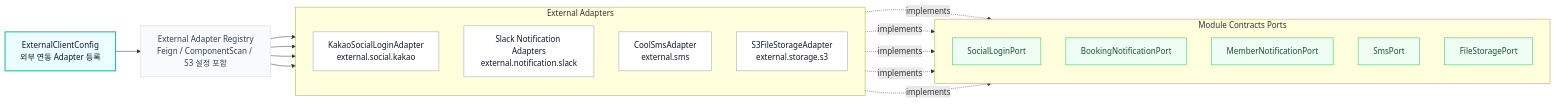
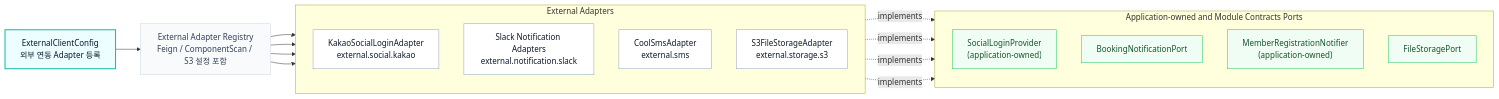
Before and after one commit to TEAM-BEAT/BEAT-SERVER: the fourth of 14 diagrams in core/infra/README.md, drawn with Mermaid. The commit also changed other lines of this file and 4 other files, not shown here.

````diff
--- a/core/infra/README.md
+++ b/core/infra/README.md
@@ -223,40 +223,38 @@
 ```mermaid
 flowchart LR
     Config["ExternalClientConfig<br/>외부 연동 Adapter 등록"]:::config
     Registry["External Adapter Registry<br/>Feign / ComponentScan / S3 설정 포함"]:::hub
 
     Config --> Registry
 
     subgraph ADAPTERS["External Adapters"]
         direction TB
         Kakao["KakaoSocialLoginAdapter<br/>external.social.kakao"]:::adapter
         Slack["Slack Notification Adapters<br/>external.notification.slack"]:::adapter
         Sms["CoolSmsAdapter<br/>external.sms"]:::adapter
         S3["S3FileStorageAdapter<br/>external.storage.s3"]:::adapter
     end
 
-    subgraph PORTS["Module Contracts Ports"]
+    subgraph PORTS["Application-owned and Module Contracts Ports"]
         direction TB
-        SocialPort["SocialLoginPort"]:::port
+        SocialPort["SocialLoginProvider<br/>(application-owned)"]:::port
         BookingPort["BookingNotificationPort"]:::port
-        MemberPort["MemberNotificationPort"]:::port
-        SmsPort["SmsPort"]:::port
+        MemberPort["MemberRegistrationNotifier<br/>(application-owned)"]:::port
         FileStoragePort["FileStoragePort"]:::port
     end
 
     Registry --> Kakao
     Registry --> Slack
     Registry --> Sms
     Registry --> S3
 
     Kakao -. implements .-> SocialPort
     Slack -. implements .-> BookingPort
     Slack -. implements .-> MemberPort
-    Sms -. implements .-> SmsPort
     S3 -. implements .-> FileStoragePort
 
     classDef config fill:#ECFEFF,stroke:#14B8A6,stroke-width:2px,color:#0F172A
     classDef hub fill:#F8FAFC,stroke:#CBD5E1,stroke-width:1px,color:#334155
     classDef adapter fill:#FFFFFF,stroke:#94A3B8,stroke-width:1px,color:#0F172A
     classDef port fill:#F0FDF4,stroke:#22C55E,stroke-width:1px,color:#14532D
 ```
````
